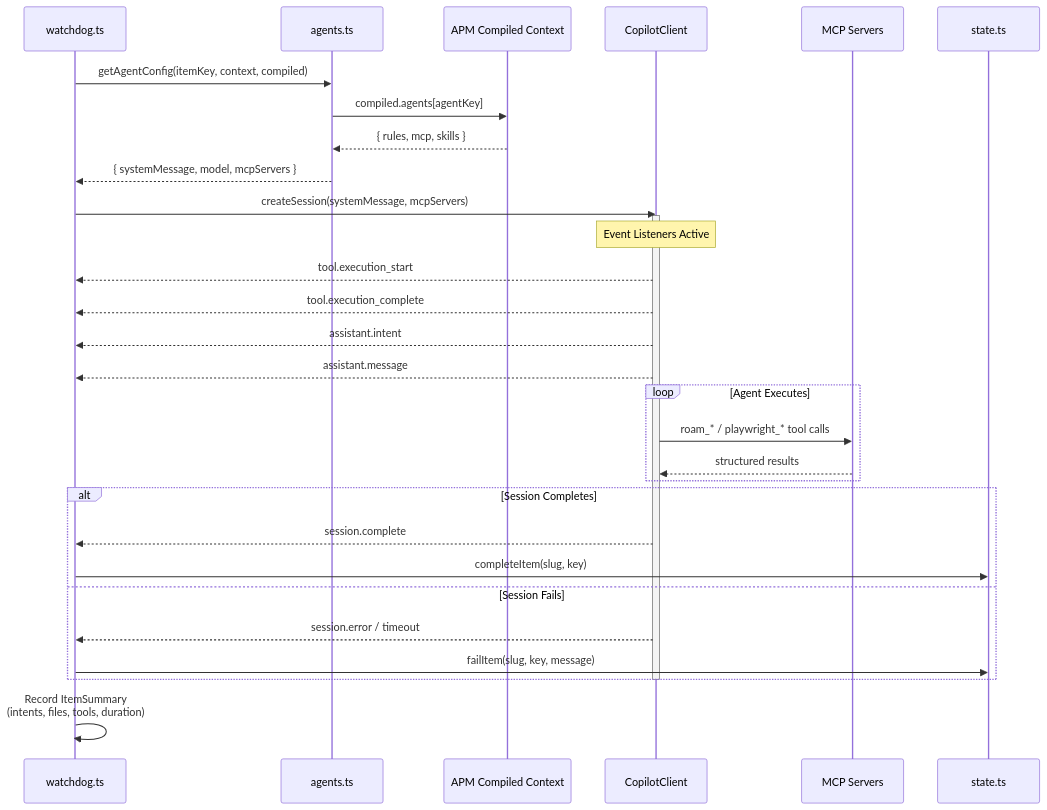
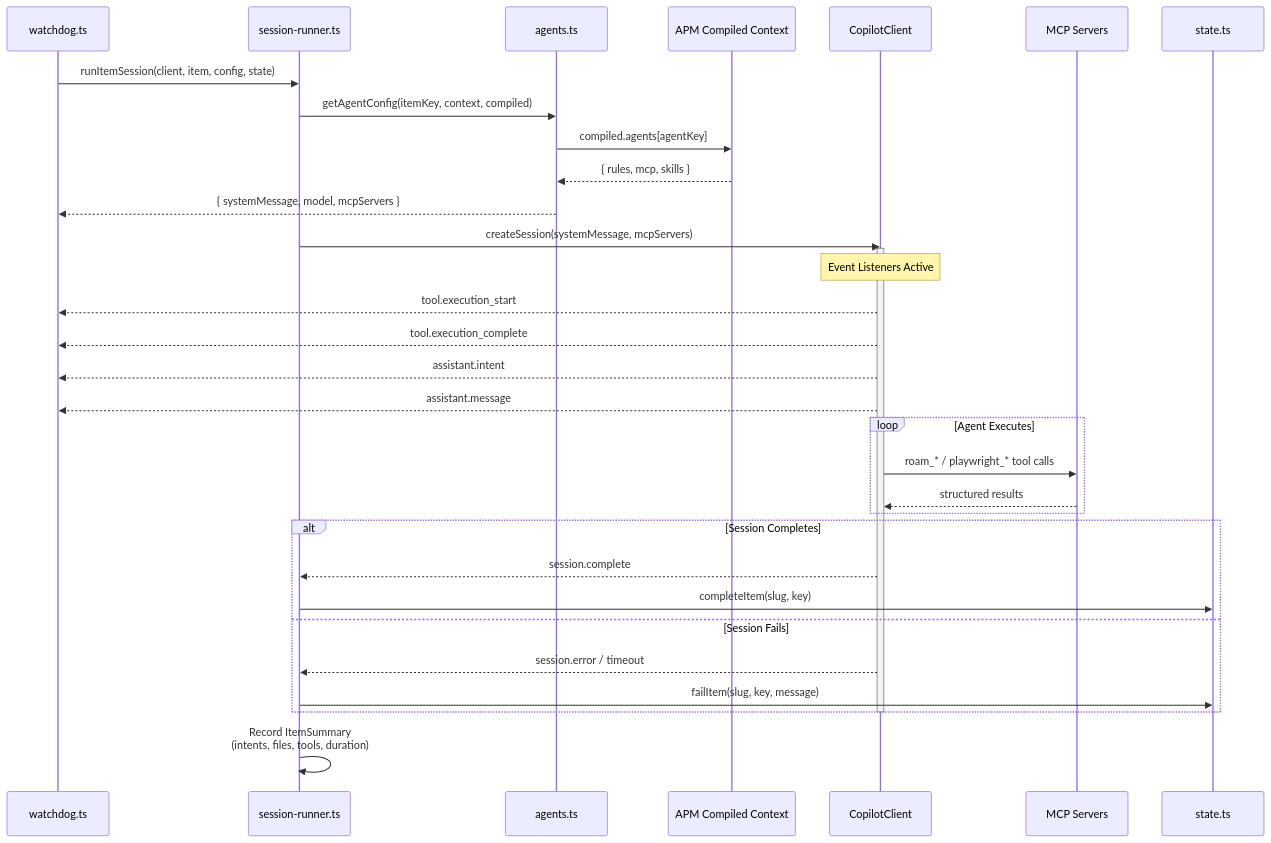
One commit to RomanKaliupinMelonusa/DAGent-t changed the second of 5 diagrams in tools/autonomous-factory/docs/01-watchdog.md. Above: the diagram before and after it, drawn with Mermaid. The commit also changed other lines of this file and 16 other files, not shown here.

````diff
--- a/tools/autonomous-factory/docs/01-watchdog.md
+++ b/tools/autonomous-factory/docs/01-watchdog.md
@@ -67,39 +69,41 @@
 ```mermaid
 sequenceDiagram
     participant W as watchdog.ts
+    participant SR as session-runner.ts
     participant A as agents.ts
     participant PA as APM Compiled Context
     participant SDK as CopilotClient
     participant MCP as MCP Servers
     participant S as state.ts
 
-    W->>A: getAgentConfig(itemKey, context, compiled)
+    W->>SR: runItemSession(client, item, config, state)
+    SR->>A: getAgentConfig(itemKey, context, compiled)
     A->>PA: compiled.agents[agentKey]
     PA-->>A: { rules, mcp, skills }
     A-->>W: { systemMessage, model, mcpServers }
 
-    W->>SDK: createSession(systemMessage, mcpServers)
+    SR->>SDK: createSession(systemMessage, mcpServers)
     activate SDK
 
     Note over SDK: Event Listeners Active
     SDK-->>W: tool.execution_start
     SDK-->>W: tool.execution_complete
     SDK-->>W: assistant.intent
     SDK-->>W: assistant.message
 
     loop Agent Executes
         SDK->>MCP: roam_* / playwright_* tool calls
         MCP-->>SDK: structured results
     end
 
     alt Session Completes
-        SDK-->>W: session.complete
-        W->>S: completeItem(slug, key)
+        SDK-->>SR: session.complete
+        SR->>S: completeItem(slug, key)
     else Session Fails
-        SDK-->>W: session.error / timeout
-        W->>S: failItem(slug, key, message)
+        SDK-->>SR: session.error / timeout
+        SR->>S: failItem(slug, key, message)
     end
     deactivate SDK
 
-    W->>W: Record ItemSummary<br/>(intents, files, tools, duration)
+    SR->>SR: Record ItemSummary<br/>(intents, files, tools, duration)
 ```
````
